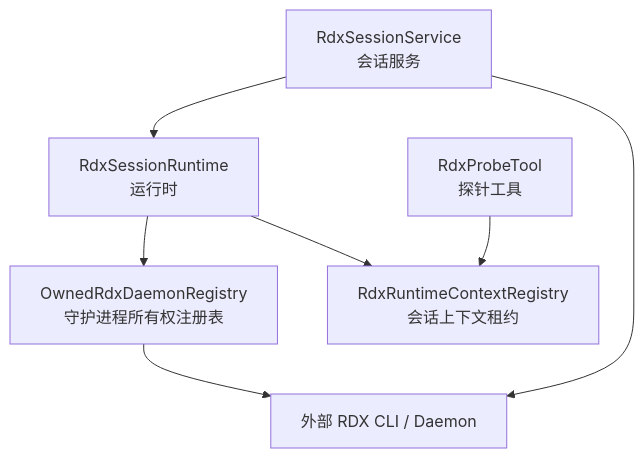
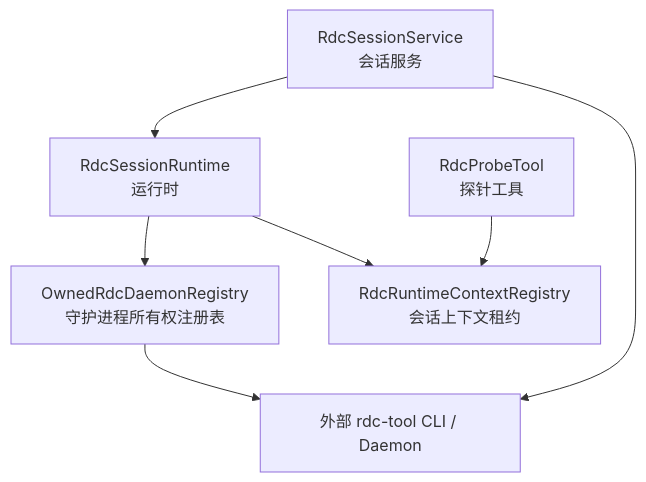
One commit to haolange/RDC-Agent changed the first of 7 diagrams in .qoder/repowiki/zh/content/核心模块/会话管理系统/RDX 守护进程所有权注册表.md. Above: the diagram before and after it, drawn with Mermaid. The commit also changed other lines of this file and 557 other files, not shown here.

First line of the commit message:
Unify RDC-Agent identity and canonical RDC-Tool integration

````diff
--- a/.qoder/repowiki/zh/content/核心模块/会话管理系统/RDX 守护进程所有权注册表.md
+++ b/.qoder/repowiki/zh/content/核心模块/会话管理系统/RDX 守护进程所有权注册表.md
@@ -35,9 +35,9 @@
 ```mermaid
 graph TB
-A["RdxSessionService<br/>会话服务"] --> B["RdxSessionRuntime<br/>运行时"]
-B --> C["OwnedRdxDaemonRegistry<br/>守护进程所有权注册表"]
-B --> D["RdxRuntimeContextRegistry<br/>会话上下文租约"]
-E["RdxProbeTool<br/>探针工具"] --> D
-A --> F["外部 RDX CLI / Daemon"]
+A["RdcSessionService<br/>会话服务"] --> B["RdcSessionRuntime<br/>运行时"]
+B --> C["OwnedRdcDaemonRegistry<br/>守护进程所有权注册表"]
+B --> D["RdcRuntimeContextRegistry<br/>会话上下文租约"]
+E["RdcProbeTool<br/>探针工具"] --> D
+A --> F["外部 rdc-tool CLI / Daemon"]
 C --> F
 ```
````
